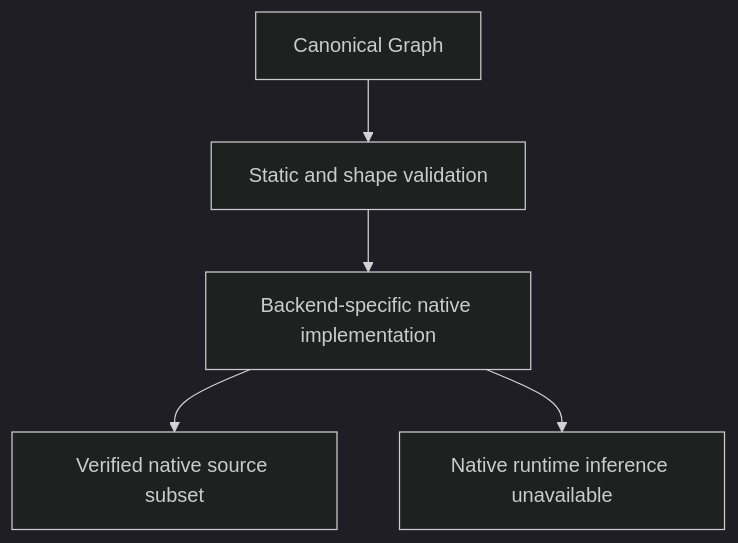
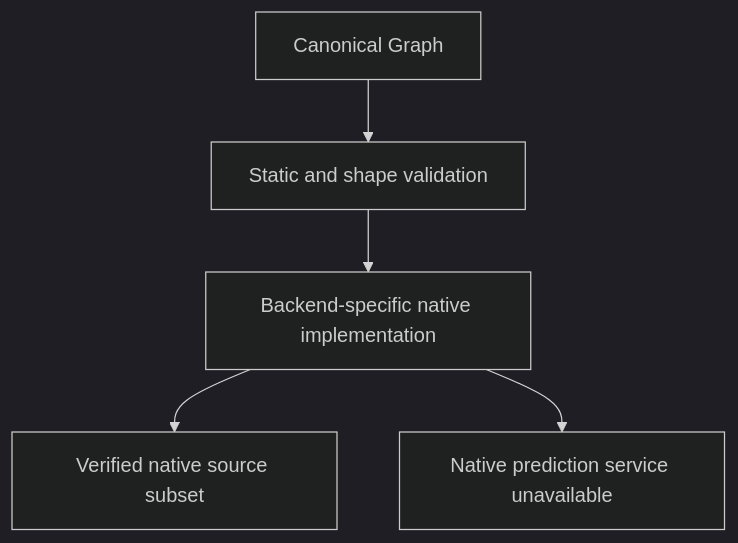
Before and after one commit to CTCycle/Neuro-Weave-Studio: the third of 9 diagrams in assets/docs/architecture/model_execution_profile.md, drawn with Mermaid (dark theme). The commit also changed other lines of this file and 19 other files, not shown here.

````diff
--- a/assets/docs/architecture/model_execution_profile.md
+++ b/assets/docs/architecture/model_execution_profile.md
@@ -49,7 +49,7 @@
 ```mermaid
 flowchart TD
   G[Canonical Graph] --> V[Static and shape validation]
   V --> N[Backend-specific native implementation]
   N --> S[Verified native source subset]
-  N --> U[Native runtime inference unavailable]
+  N --> U[Native prediction service unavailable]
 ```
````
